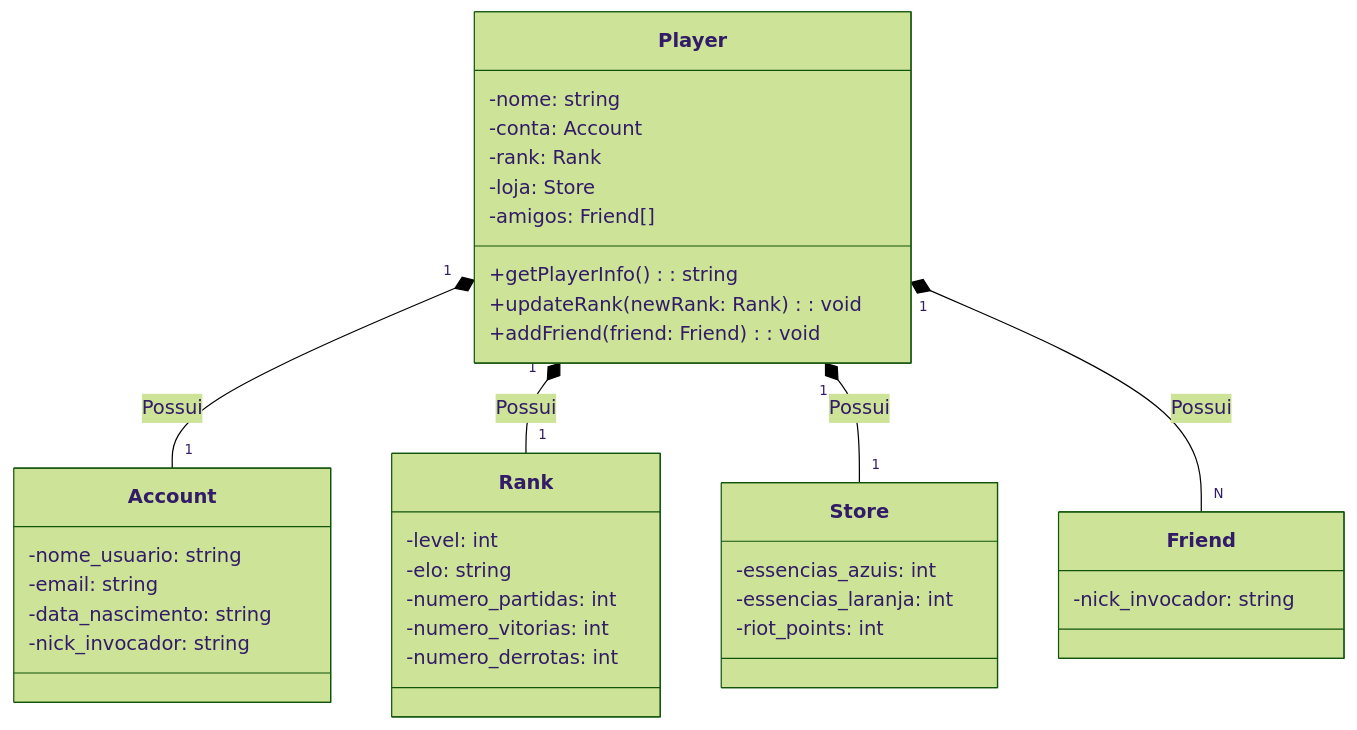
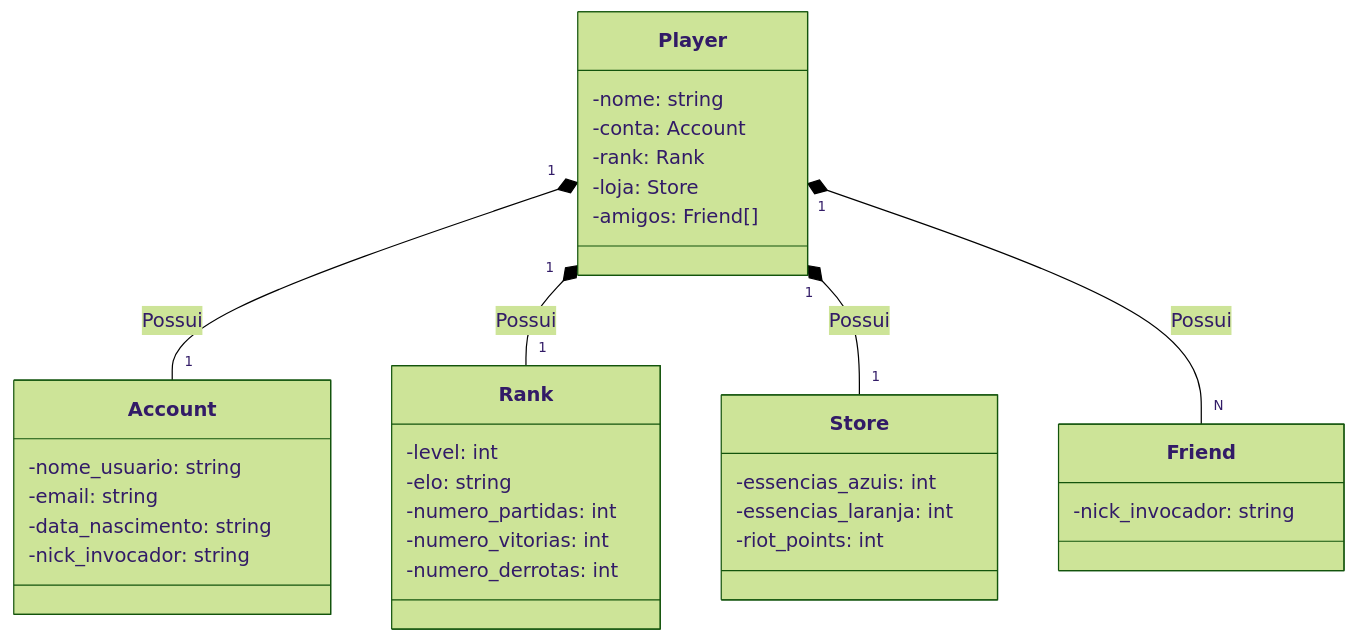
Before and after one commit to AlvaroBaffi/DesafioAPIRestNaNuvem: the diagram in README.md, drawn with Mermaid (forest theme).

````diff
--- a/README.md
+++ b/README.md
@@ -4,44 +4,41 @@
 ```mermaid
 classDiagram
     class Player {
         -nome: string
         -conta: Account
         -rank: Rank
         -loja: Store
-        -amigos: Friend[]
-        +getPlayerInfo(): string
-        +updateRank(newRank: Rank): void        
-        +addFriend(friend: Friend): void
+        -amigos: Friend[]       
     }
 
     class Account {
         -nome_usuario: string
         -email: string
         -data_nascimento: string
         -nick_invocador: string
     }
 
     class Rank {
         -level: int
         -elo: string
         -numero_partidas: int
         -numero_vitorias: int
         -numero_derrotas: int
     }
 
     class Store {
         -essencias_azuis: int
         -essencias_laranja: int
         -riot_points: int
     }
 
     class Friend {
         -nick_invocador: string
     }    
 
     Player "1" *-- "1" Account : Possui
     Player "1" *-- "1" Rank : Possui
     Player "1" *-- "1" Store : Possui
     Player "1" *-- "N" Friend : Possui
 
 ```
````
